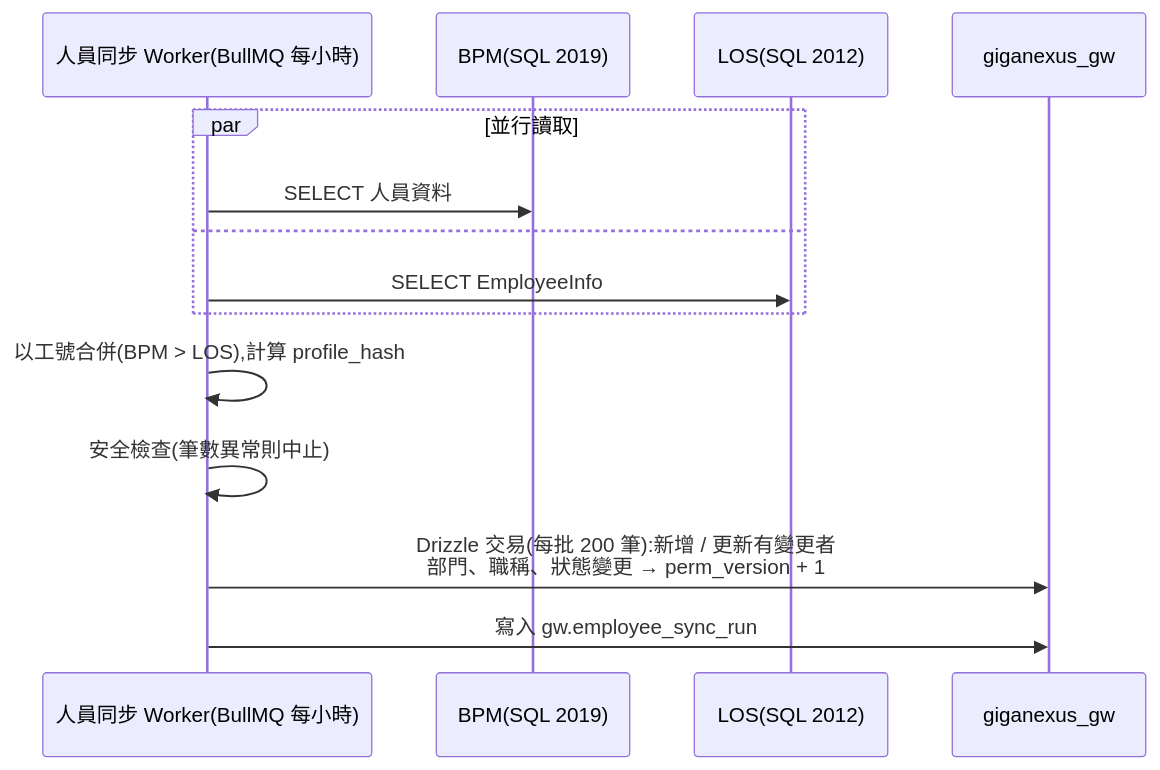
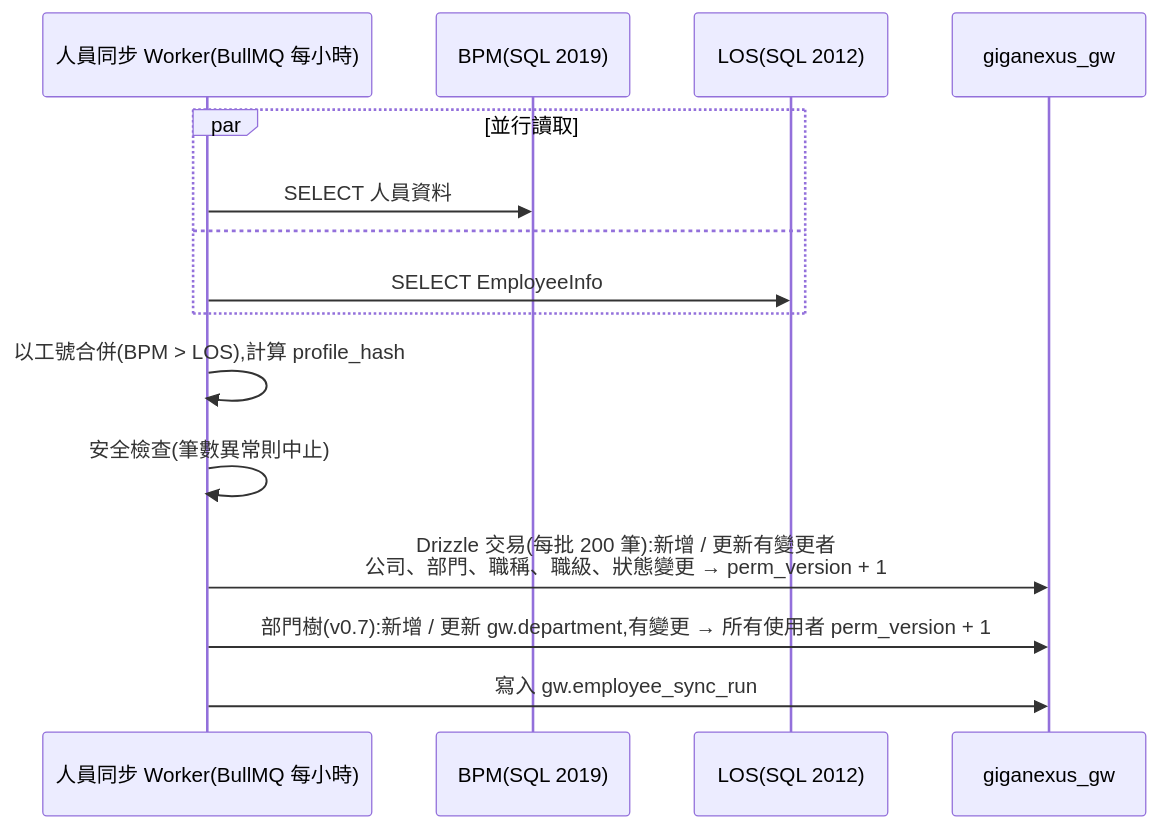
Before and after one commit to WeiWeicode/giga-api-gateway-bff: the third of 3 diagrams in docs/DATABASE.md, drawn with Mermaid. The commit also changed other lines of this file and 9 other files, not shown here.

````diff
--- a/docs/DATABASE.md
+++ b/docs/DATABASE.md
@@ -428,16 +446,17 @@
 ```mermaid
 sequenceDiagram
     participant W as 人員同步 Worker(BullMQ 每小時)
     participant BPM as BPM(SQL 2019)
     participant LOS as LOS(SQL 2012)
     participant S as giganexus_gw
     par 並行讀取
         W->>BPM: SELECT 人員資料
     and
         W->>LOS: SELECT EmployeeInfo
     end
     W->>W: 以工號合併(BPM > LOS),計算 profile_hash
     W->>W: 安全檢查(筆數異常則中止)
-    W->>S: Drizzle 交易(每批 200 筆):新增 / 更新有變更者<br/>部門、職稱、狀態變更 → perm_version + 1
+    W->>S: Drizzle 交易(每批 200 筆):新增 / 更新有變更者<br/>公司、部門、職稱、職級、狀態變更 → perm_version + 1
+    W->>S: 部門樹(v0.7):新增 / 更新 gw.department,有變更 → 所有使用者 perm_version + 1
     W->>S: 寫入 gw.employee_sync_run
 ```
````
